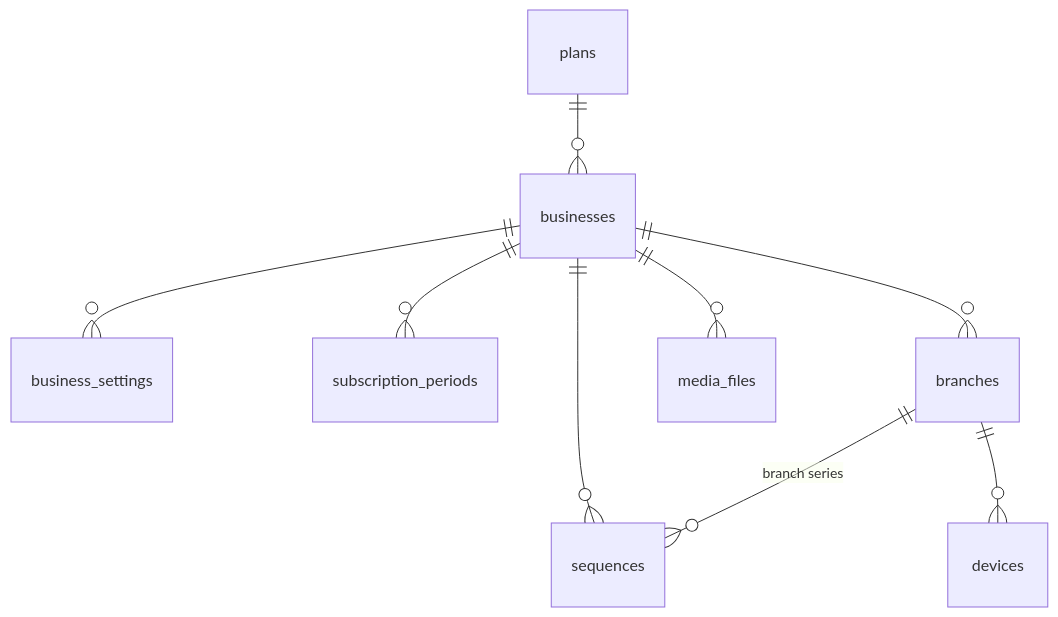
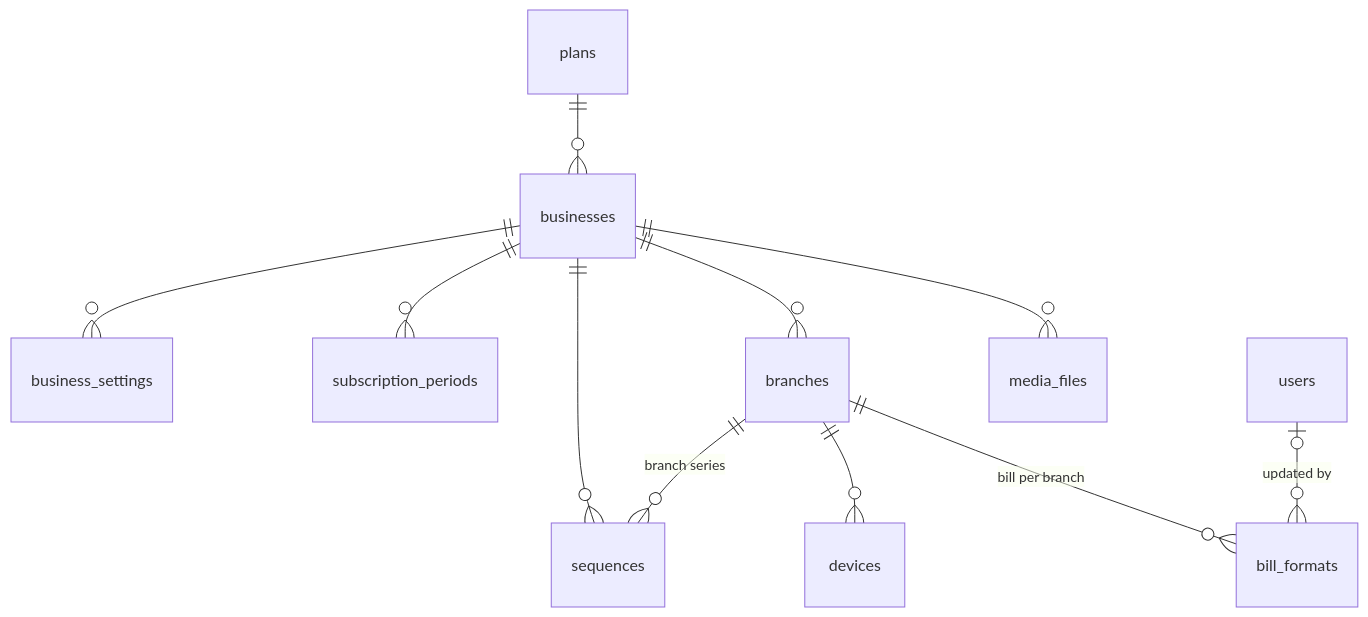
The fourth of 12 diagrams in server/catalyst/TABLES.md (yuvankarthi42-hub/Business-Management), drawn with Mermaid before and after one commit. The commit also changed other lines of this file and 23 other files, not shown here.

First line of the commit message:
Bill design per branch and a simpler Printer and bill page

````diff
--- a/server/catalyst/TABLES.md
+++ b/server/catalyst/TABLES.md
@@ -106,11 +106,13 @@
 ```mermaid
 erDiagram
   plans ||--o{ businesses : ""
   businesses ||--o{ business_settings : ""
   businesses ||--o{ subscription_periods : ""
   businesses ||--o{ branches : ""
   businesses ||--o{ sequences : ""
   branches ||--o{ sequences : "branch series"
   branches ||--o{ devices : ""
+  branches ||--o{ bill_formats : "bill per branch"
+  users |o--o{ bill_formats : "updated by"
   businesses ||--o{ media_files : ""
 ```
````
